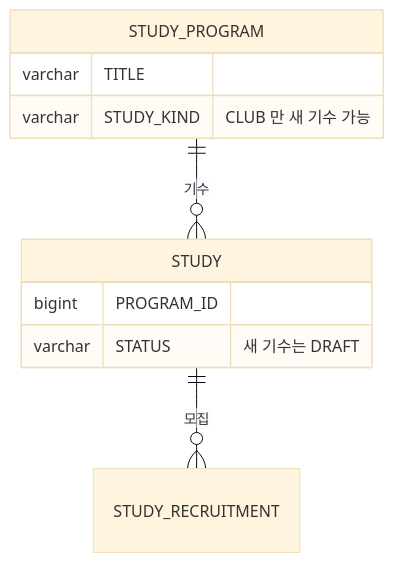
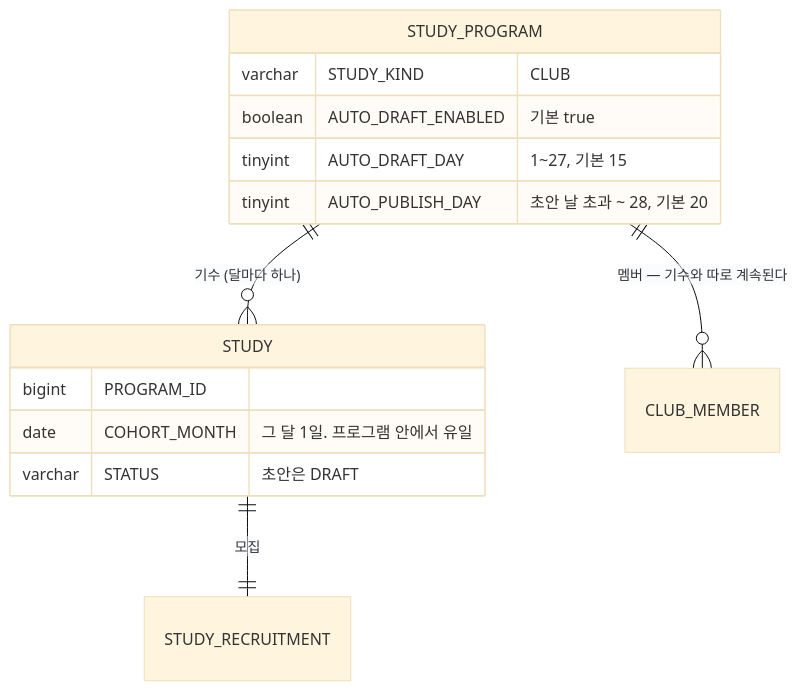
One commit to StudyClub-PlusPlus/studyclub-engineering changed the second of 2 diagrams in 01-planning/stories/captain-reregister-cohort/PRD.md. Above: the diagram before and after it, drawn with Mermaid (base theme). The commit also changed other lines of this file and 93 other files, not shown here.

````diff
--- a/01-planning/stories/captain-reregister-cohort/PRD.md
+++ b/01-planning/stories/captain-reregister-cohort/PRD.md
@@ -71,13 +226,17 @@
 ```mermaid
 erDiagram
-  STUDY_PROGRAM ||--o{ STUDY : "기수"
-  STUDY ||--o{ STUDY_RECRUITMENT : "모집"
+  STUDY_PROGRAM ||--o{ STUDY : "기수 (달마다 하나)"
+  STUDY ||--|| STUDY_RECRUITMENT : "모집"
+  STUDY_PROGRAM ||--o{ CLUB_MEMBER : "멤버 — 기수와 따로 계속된다"
   STUDY_PROGRAM {
-    varchar TITLE
-    varchar STUDY_KIND "CLUB 만 새 기수 가능"
+    varchar STUDY_KIND "CLUB"
+    boolean AUTO_DRAFT_ENABLED "기본 true"
+    tinyint AUTO_DRAFT_DAY "1~27, 기본 15"
+    tinyint AUTO_PUBLISH_DAY "초안 날 초과 ~ 28, 기본 20"
   }
   STUDY {
     bigint PROGRAM_ID
-    varchar STATUS "새 기수는 DRAFT"
+    date COHORT_MONTH "그 달 1일. 프로그램 안에서 유일"
+    varchar STATUS "초안은 DRAFT"
   }
 ```
````
